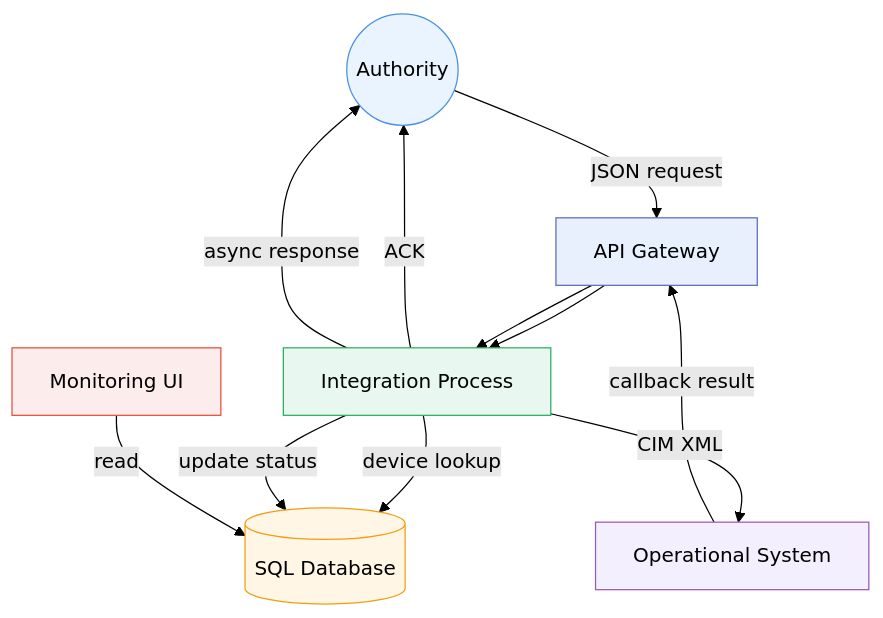
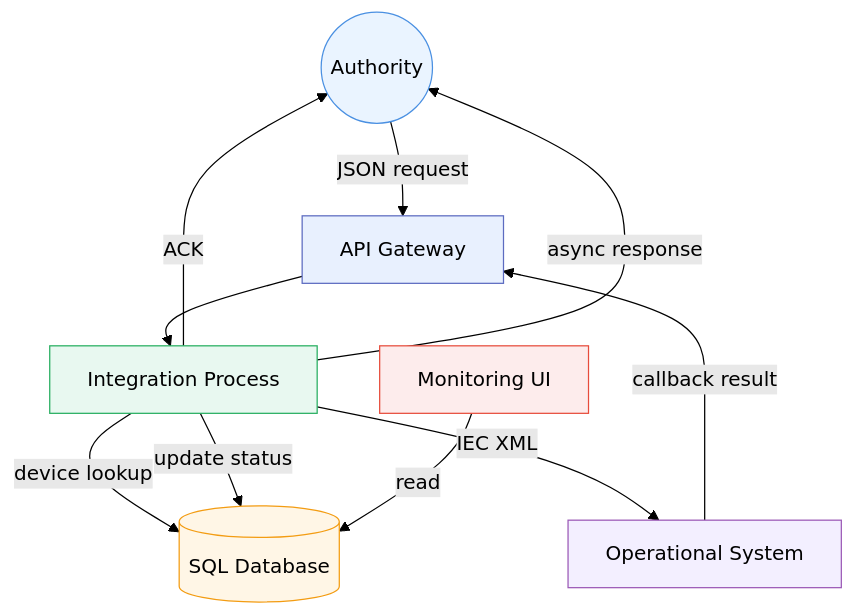
One commit to sbhrwl/microservices changed the fifth of 5 diagrams in frnds/README.md. Above: the diagram before and after it, drawn with Mermaid (forest theme).

Commit message:
Update XML type in flow diagram
Replaced 'CIM XML' with 'IEC XML' in the flow diagram.

````diff
--- a/frnds/README.md
+++ b/frnds/README.md
@@ -299,28 +299,27 @@
 ```mermaid
 flowchart TD
 
   Authority((Authority))
   API[API Gateway]
   Boomi[Integration Process]
   DB[(SQL Database)]
   Downstream[Operational System]
   UI[Monitoring UI]
 
   Authority -->|JSON request| API
   API --> Boomi
   Boomi -->|ACK| Authority
   Boomi -->|device lookup| DB
-  Boomi -->|CIM XML| Downstream
+  Boomi -->|IEC XML| Downstream
   Downstream -->|callback result| API
-  API --> Boomi
   Boomi -->|update status| DB
   Boomi -->|async response| Authority
   UI -->|read| DB
 
   style Authority fill:#EAF4FF,stroke:#4A90E2
   style API fill:#E8F0FE,stroke:#5C6BC0
   style Boomi fill:#E8F8F0,stroke:#27AE60
   style DB fill:#FFF6E6,stroke:#F39C12
   style Downstream fill:#F3EFFF,stroke:#9B59B6
   style UI fill:#FDECEC,stroke:#E74C3C
 ```
````
